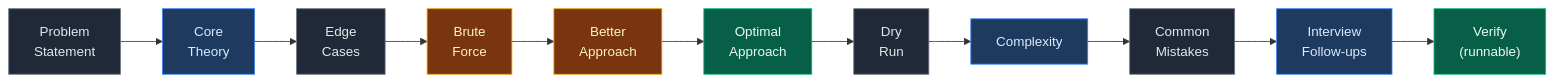
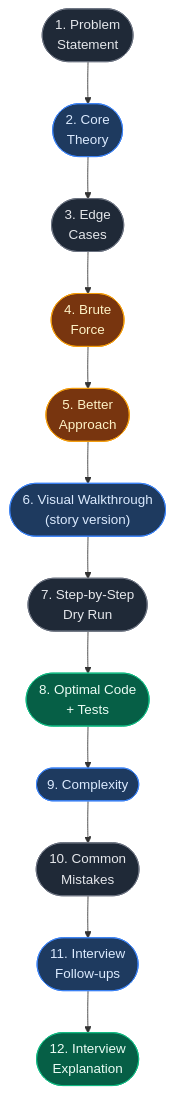
Before and after one commit to ajay-nikumbh/dsa-notes: the first of 2 diagrams in README.md, drawn with Mermaid. The commit also changed other lines of this file, not shown here.

First line of the commit message:
Enlarge note-shape diagram and reorder roadmap by learning prerequisites

````diff
--- a/README.md
+++ b/README.md
@@ -7,18 +7,19 @@
 ```mermaid
-flowchart LR
-    A["Problem<br/>Statement"]:::a --> B["Core<br/>Theory"]:::b
-    B --> C["Edge<br/>Cases"]:::a
-    C --> D["Brute<br/>Force"]:::c
-    D --> E["Better<br/>Approach"]:::c
-    E --> F["Optimal<br/>Approach"]:::d
-    F --> G["Dry<br/>Run"]:::a
-    G --> H["Complexity"]:::b
-    H --> I["Common<br/>Mistakes"]:::a
-    I --> J["Interview<br/>Follow-ups"]:::b
-    J --> K["Verify<br/>(runnable)"]:::d
+flowchart TD
+    A(["1. Problem<br/>Statement"]):::a --> B(["2. Core<br/>Theory"]):::b
+    B --> C(["3. Edge<br/>Cases"]):::a
+    C --> D(["4. Brute<br/>Force"]):::c
+    D --> E(["5. Better<br/>Approach"]):::c
+    E --> F(["6. Visual Walkthrough<br/>(story version)"]):::b
+    F --> G(["7. Step-by-Step<br/>Dry Run"]):::a
+    G --> H(["8. Optimal Code<br/>+ Tests"]):::d
+    H --> I(["9. Complexity"]):::b
+    I --> J(["10. Common<br/>Mistakes"]):::a
+    J --> K(["11. Interview<br/>Follow-ups"]):::b
+    K --> L(["12. Interview<br/>Explanation"]):::d
 
     classDef a fill:#1f2937,stroke:#6b7280,color:#e5e7eb
     classDef b fill:#1e3a5f,stroke:#3b82f6,color:#dbeafe
     classDef c fill:#78350f,stroke:#f59e0b,color:#fef3c7
     classDef d fill:#065f46,stroke:#10b981,color:#ecfdf5
 ```
````
